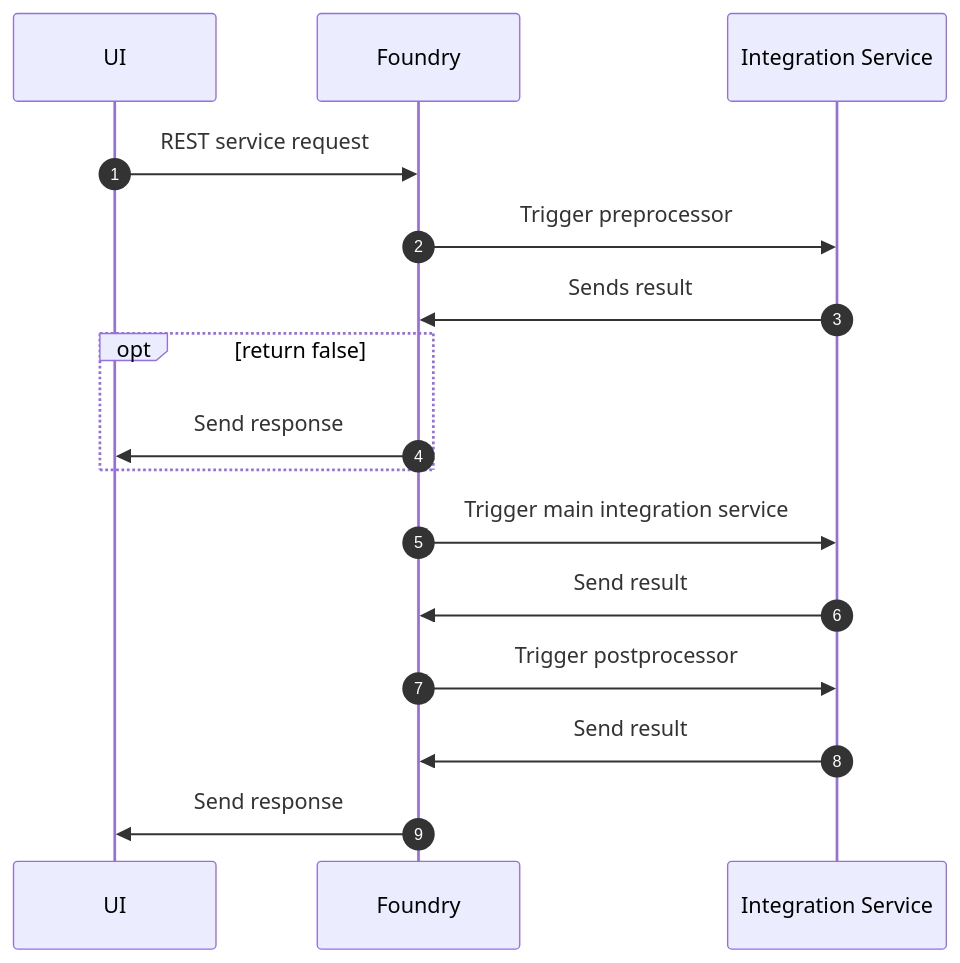
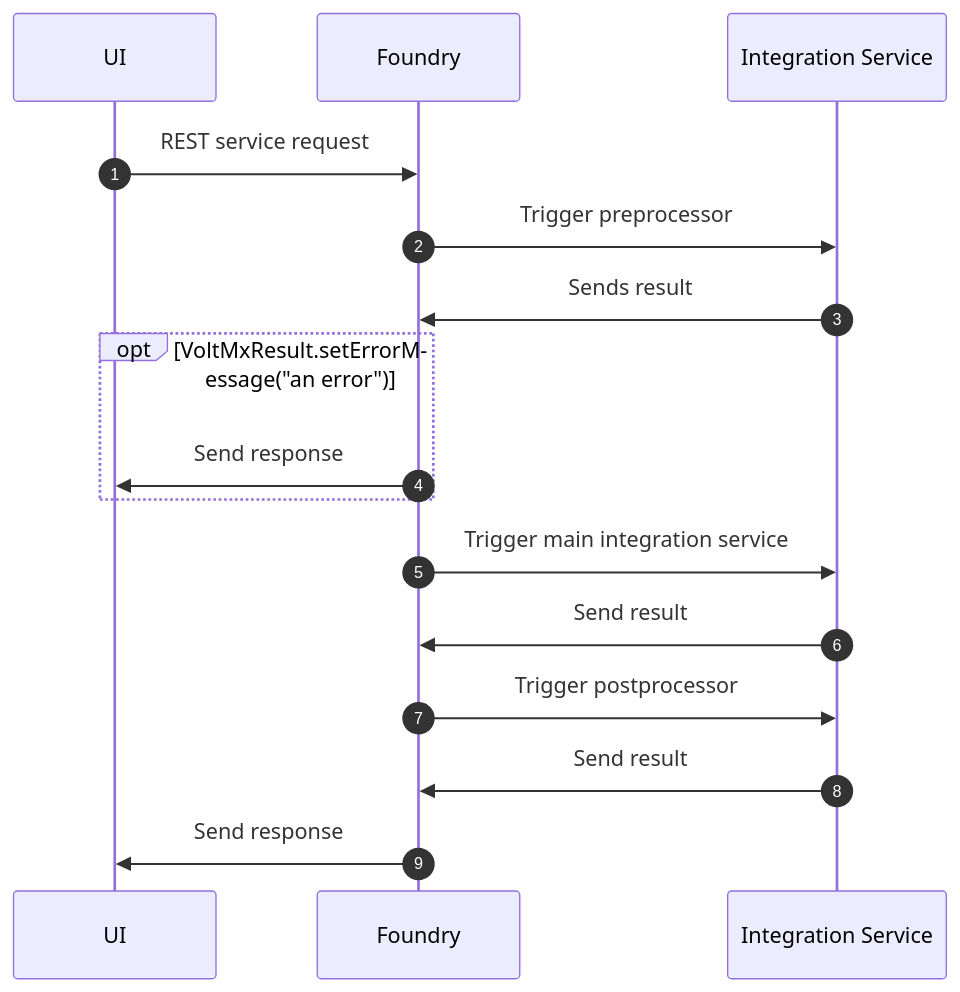
One commit to HCL-TECH-SOFTWARE/voltscript-voltmx-middleware changed the second of 2 diagrams in docs/topicguides/foundry.md. Above: the diagram before and after it, drawn with Mermaid. The commit also changed other lines of this file and 43 other files, not shown here.

````diff
--- a/docs/topicguides/foundry.md
+++ b/docs/topicguides/foundry.md
@@ -21,18 +22,18 @@
 ```mermaid
 sequenceDiagram
     participant UI
     participant Foundry
     participant is as Integration Service 
     autonumber
     UI->>Foundry: REST service request
     Foundry->>is: Trigger preprocessor
     is->>Foundry: Sends result
-    opt return false
+    opt VoltMxResult.setErrorMessage("an error")
     Foundry->>UI: Send response
     end
     Foundry->>is: Trigger main integration service
     is->>Foundry: Send result
     Foundry->>is: Trigger postprocessor
     is->>Foundry: Send result
     Foundry->>UI: Send response
 ```
````
